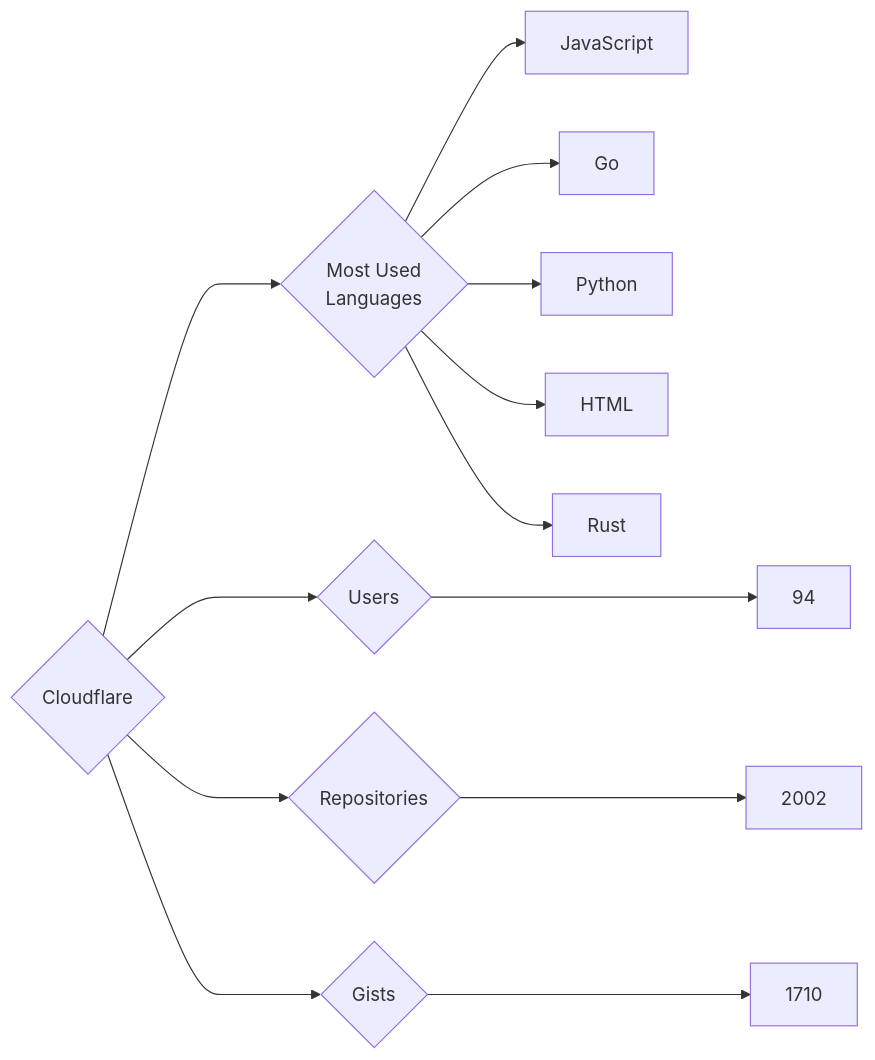
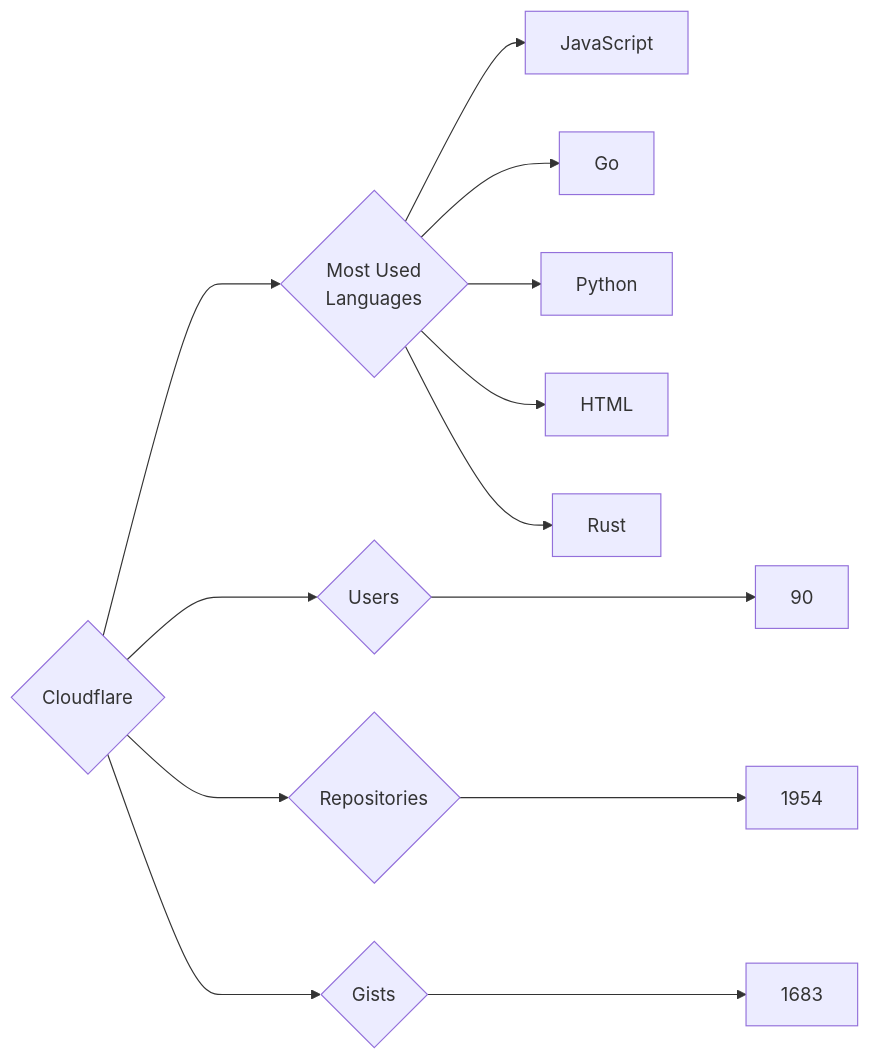
Before and after one commit to trickest/insiders: the diagram in targets/Cloudflare/README.md, drawn with Mermaid. The commit also changed 953 other files, not shown here.

````diff
--- a/targets/Cloudflare/README.md
+++ b/targets/Cloudflare/README.md
@@ -3,13 +3,13 @@
 ```mermaid
 graph LR
 COMPANY_NAME{Cloudflare}
-COMPANY_NAME ---> U{Users} ---> UN[94]
-COMPANY_NAME ---> R{Repositories} ---> RN[2002]
-COMPANY_NAME ---> G{Gists} ---> GN[1710]
+COMPANY_NAME ---> U{Users} ---> UN[90]
+COMPANY_NAME ---> R{Repositories} ---> RN[1954]
+COMPANY_NAME ---> G{Gists} ---> GN[1683]
 COMPANY_NAME ---> ML{Most Used<br>Languages}
 ML --> JavaScript[JavaScript]
 ML --> Go[Go]
 ML --> Python[Python]
 ML --> HTML[HTML]
 ML --> Rust[Rust]
 ```
````
